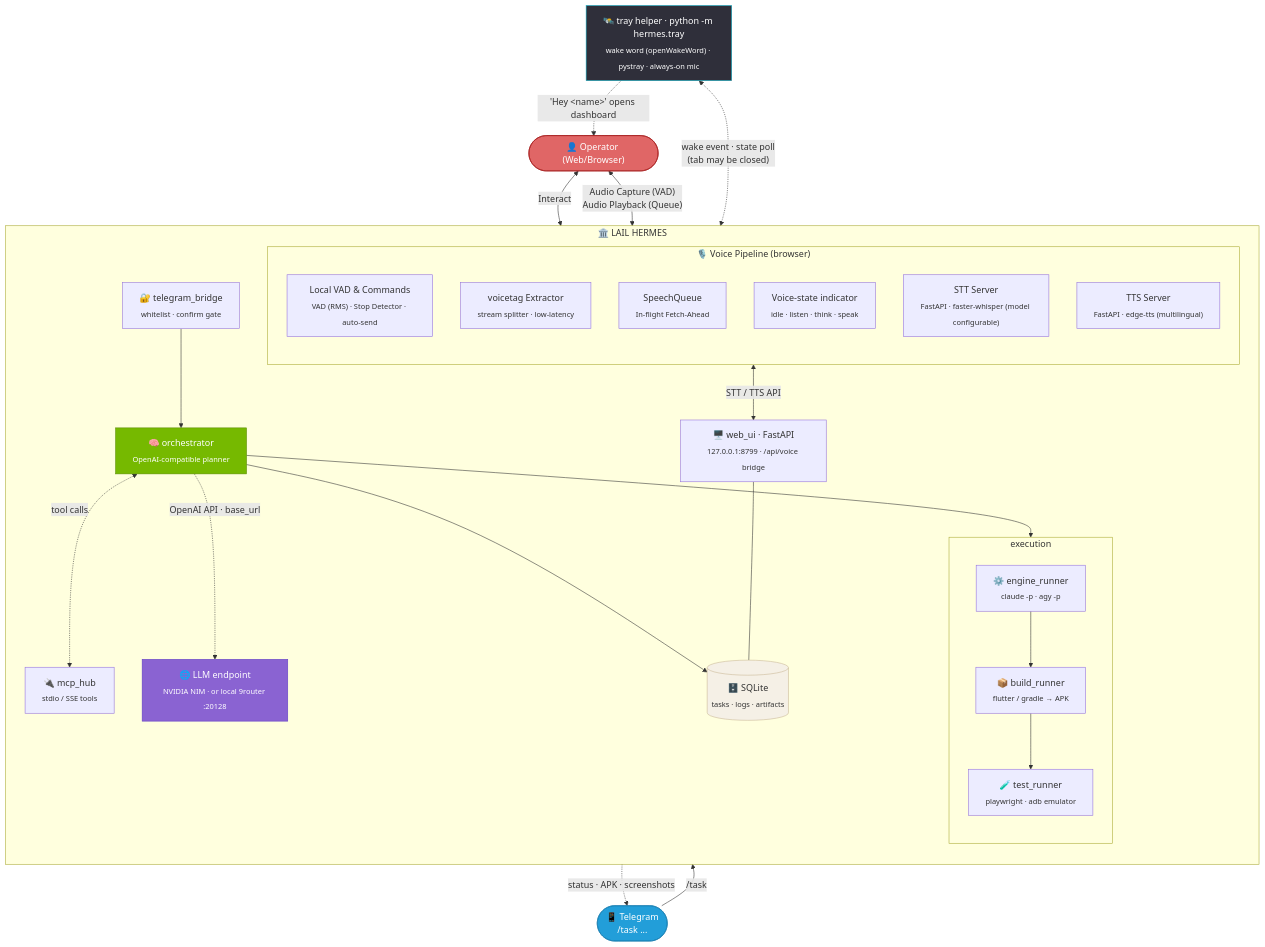
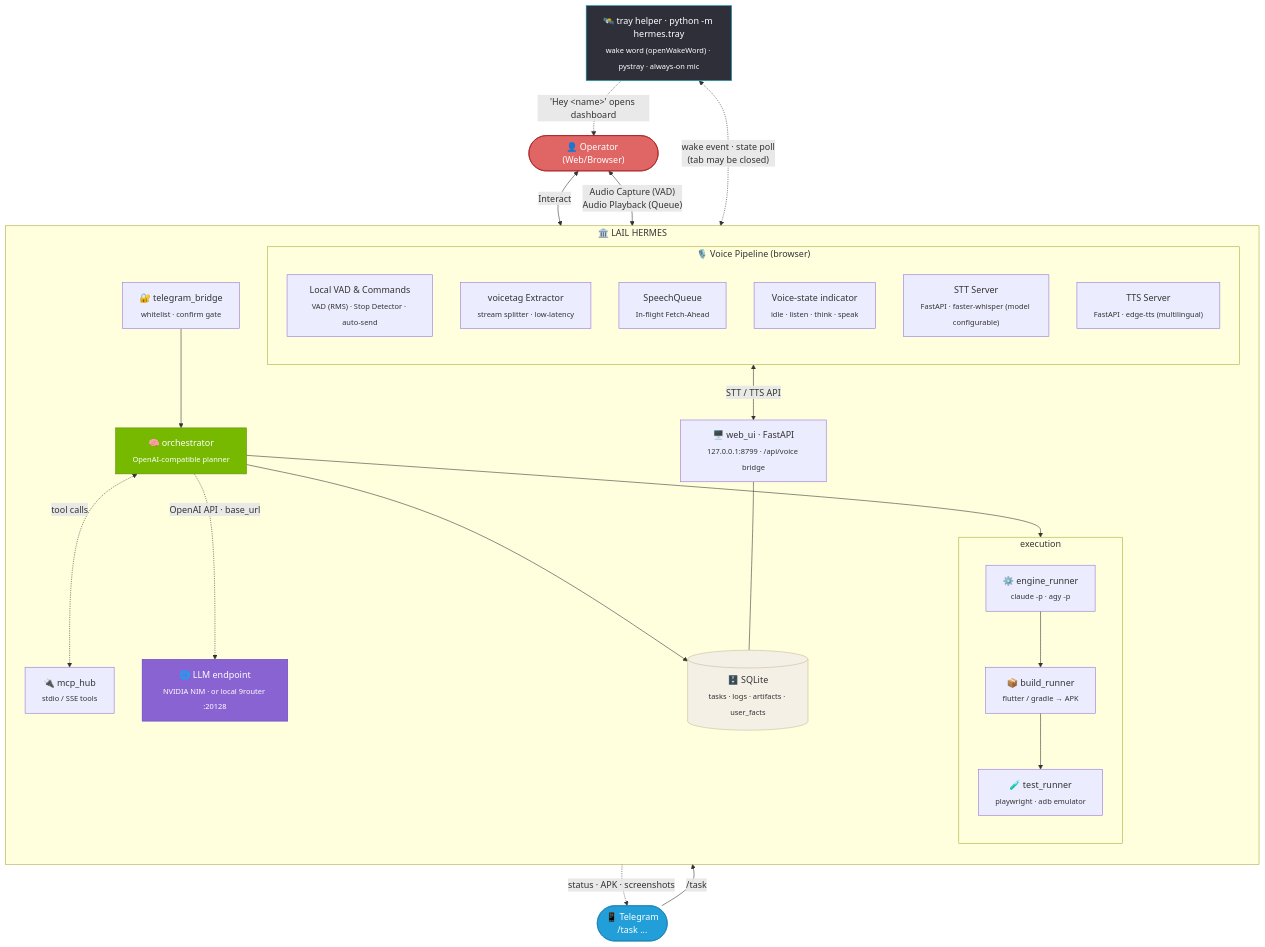
Before and after one commit to farisqlail/lail-hermes-agent: the diagram in README.md, drawn with Mermaid. The commit also changed other lines of this file and 1 other file, not shown here.

````diff
--- a/README.md
+++ b/README.md
@@ -43,65 +43,65 @@
 ```mermaid
 flowchart TD
     TG(["📱 Telegram<br/>/task ..."])
     OP(["👤 Operator (Web/Browser)"])
     GW["🌐 LLM endpoint<br/><sub>NVIDIA NIM · or local 9router :20128</sub>"]
 
     subgraph HERMES["🏛️ LAIL HERMES"]
         direction TB
         BR["🔐 telegram_bridge<br/><sub>whitelist · confirm gate</sub>"]
         OR["🧠 orchestrator<br/><sub>OpenAI-compatible planner</sub>"]
         HUB["🔌 mcp_hub<br/><sub>stdio / SSE tools</sub>"]
 
         subgraph EXEC["execution"]
             direction TB
             ENG["⚙️ engine_runner<br/><sub>claude -p · agy -p</sub>"]
             BLD["📦 build_runner<br/><sub>flutter / gradle → APK</sub>"]
             TST["🧪 test_runner<br/><sub>playwright · adb emulator</sub>"]
             ENG --> BLD --> TST
         end
 
         subgraph VOICE_SYS["🎙️ Voice Pipeline (browser)"]
             direction TB
             VAD["Local VAD & Commands<br/><sub>VAD (RMS) · Stop Detector · auto-send</sub>"]
             EXT["voicetag Extractor<br/><sub>stream splitter · low-latency</sub>"]
             Q["SpeechQueue<br/><sub>In-flight Fetch-Ahead</sub>"]
             IND["Voice-state indicator<br/><sub>idle · listen · think · speak</sub>"]
             STT_SRV["STT Server<br/><sub>FastAPI · faster-whisper (model configurable)</sub>"]
             TTS_SRV["TTS Server<br/><sub>FastAPI · edge-tts (multilingual)</sub>"]
         end
 
         UI["🖥️ web_ui · FastAPI<br/><sub>127.0.0.1:8799 · /api/voice bridge</sub>"]
-        DB[("🗄️ SQLite<br/><sub>tasks · logs · artifacts</sub>")]
+        DB[("🗄️ SQLite<br/><sub>tasks · logs · artifacts · user_facts</sub>")]
 
         BR --> OR
         OR <-.->|"tool calls"| HUB
         OR -.->|"OpenAI API · base_url"| GW
         OR --> EXEC
         OR --> DB
         UI --- DB
     end
 
     TRAY["🛰️ tray helper · python -m hermes.tray<br/><sub>wake word (openWakeWord) · pystray · always-on mic</sub>"]
 
     TG -->|"/task"| BR
     OR -.->|"status · APK · screenshots"| TG
 
     OP <-->|"Audio Capture (VAD)<br/>Audio Playback (Queue)"| VOICE_SYS
     VOICE_SYS <-->|"STT / TTS API"| UI
     OP <-->|"Interact"| UI
     TRAY <-.->|"wake event · state poll<br/>(tab may be closed)"| UI
     TRAY -.->|"'Hey &lt;name&gt;' opens dashboard"| OP
 
     classDef ext fill:#229ED9,stroke:#1a7fb0,color:#fff
     classDef brain fill:#76B900,stroke:#5a8c00,color:#fff
     classDef store fill:#f5f0e6,stroke:#c9b896,color:#333
     classDef op fill:#e06666,stroke:#a61c1c,color:#fff
     classDef gw fill:#8a63d2,stroke:#5f3dc4,color:#fff
     classDef tray fill:#2f2f3a,stroke:#12b5cb,color:#fff
     class TG ext
     class OR brain
     class DB store
     class OP op
     class GW gw
     class TRAY tray
 ```
````
